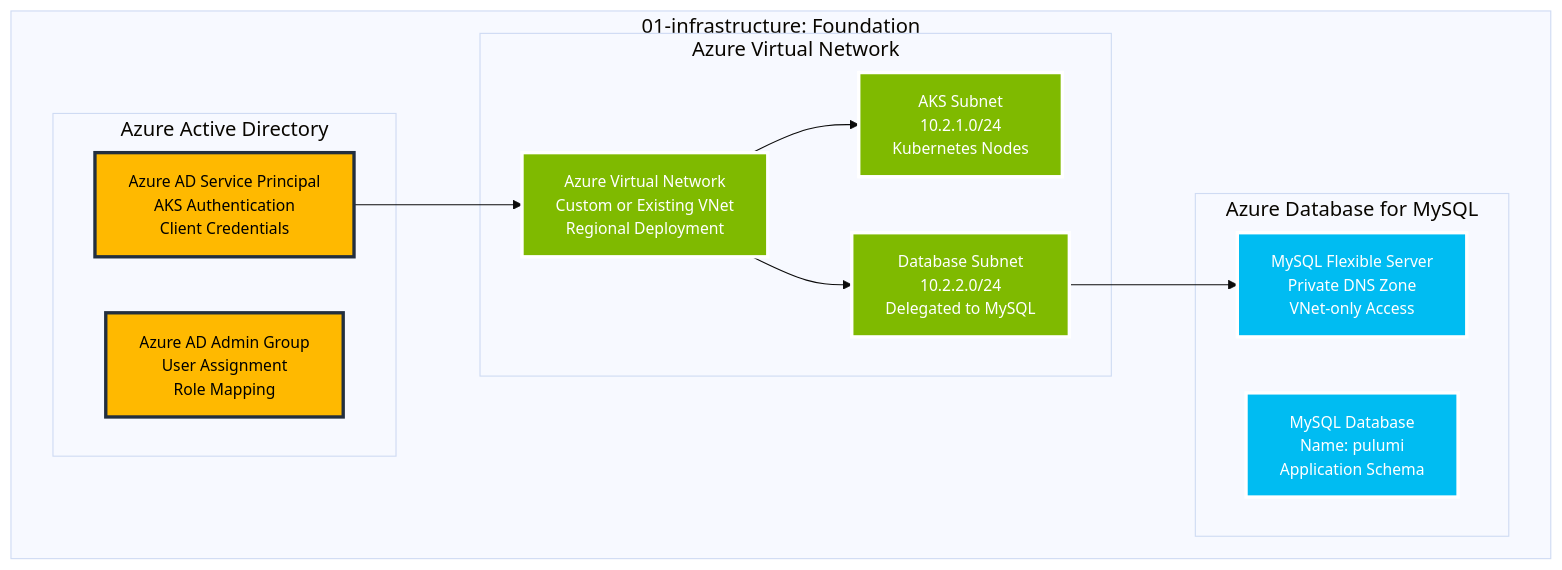
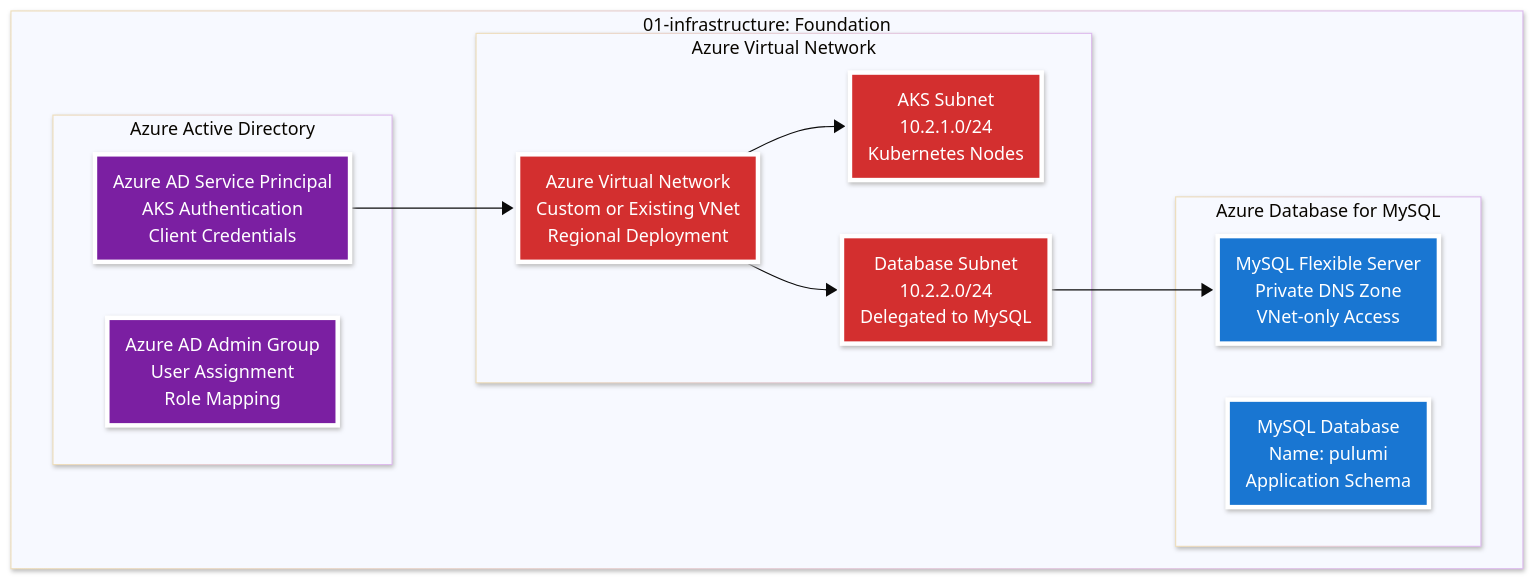
One commit to pulumi/pulumi-self-hosted-installers changed the diagram in aks-hosted/diagrams/02-infrastructure.mmd. Above: the diagram before and after it, drawn with Mermaid. The commit also changed 55 other files, not shown here.

```diff
--- a/aks-hosted/diagrams/02-infrastructure.mmd
+++ b/aks-hosted/diagrams/02-infrastructure.mmd
@@ -1,29 +1,33 @@
-%%{init: {'theme':'base', 'themeVariables': {'fontSize': '18px', 'fontFamily': 'Arial, sans-serif'}}}%%
+---
+config:
+  look: neo
+  theme: base
+---
 graph TD
-    classDef azure fill:#0078D4,stroke:#FFFFFF,stroke-width:3px,color:#FFFFFF,font-size:14px
-    classDef storage fill:#00BCF2,stroke:#FFFFFF,stroke-width:3px,color:#FFFFFF,font-size:14px
-    classDef network fill:#7FBA00,stroke:#FFFFFF,stroke-width:3px,color:#FFFFFF,font-size:14px
-    classDef security fill:#FFB900,stroke:#232F3E,stroke-width:3px,color:#000000,font-size:14px
+    classDef azureInfra fill:#0078D4,stroke:#FFFFFF,stroke-width:4px,color:#FFFFFF
+    classDef azureStorage fill:#1976D2,stroke:#FFFFFF,stroke-width:4px,color:#FFFFFF
+    classDef azureNetwork fill:#D32F2F,stroke:#FFFFFF,stroke-width:4px,color:#FFFFFF
+    classDef azureSecure fill:#7B1FA2,stroke:#FFFFFF,stroke-width:4px,color:#FFFFFF
     
     subgraph INFRA["01-infrastructure: Foundation"]
         subgraph AD["Azure Active Directory"]
-            AD_PRINCIPAL[Azure AD Service Principal<br/>AKS Authentication<br/>Client Credentials]:::security
-            AD_ADMIN[Azure AD Admin Group<br/>User Assignment<br/>Role Mapping]:::security
+            AD_PRINCIPAL[Azure AD Service Principal<br/>AKS Authentication<br/>Client Credentials]:::azureSecure
+            AD_ADMIN[Azure AD Admin Group<br/>User Assignment<br/>Role Mapping]:::azureSecure
         end
         
         subgraph NET["Azure Virtual Network"]
-            VNET[Azure Virtual Network<br/>Custom or Existing VNet<br/>Regional Deployment]:::network
-            AKS_SUBNET[AKS Subnet<br/>10.2.1.0/24<br/>Kubernetes Nodes]:::network
-            DB_SUBNET[Database Subnet<br/>10.2.2.0/24<br/>Delegated to MySQL]:::network
+            VNET[Azure Virtual Network<br/>Custom or Existing VNet<br/>Regional Deployment]:::azureNetwork
+            AKS_SUBNET[AKS Subnet<br/>10.2.1.0/24<br/>Kubernetes Nodes]:::azureNetwork
+            DB_SUBNET[Database Subnet<br/>10.2.2.0/24<br/>Delegated to MySQL]:::azureNetwork
         end
         
         subgraph DB["Azure Database for MySQL"]
-            MYSQL[MySQL Flexible Server<br/>Private DNS Zone<br/>VNet-only Access]:::storage
-            DB_PULUMI[MySQL Database<br/>Name: pulumi<br/>Application Schema]:::storage
+            MYSQL[MySQL Flexible Server<br/>Private DNS Zone<br/>VNet-only Access]:::azureStorage
+            DB_PULUMI[MySQL Database<br/>Name: pulumi<br/>Application Schema]:::azureStorage
         end
     end
     
     VNET --> AKS_SUBNET
     VNET --> DB_SUBNET
     DB_SUBNET --> MYSQL
     AD_PRINCIPAL --> VNET
```
